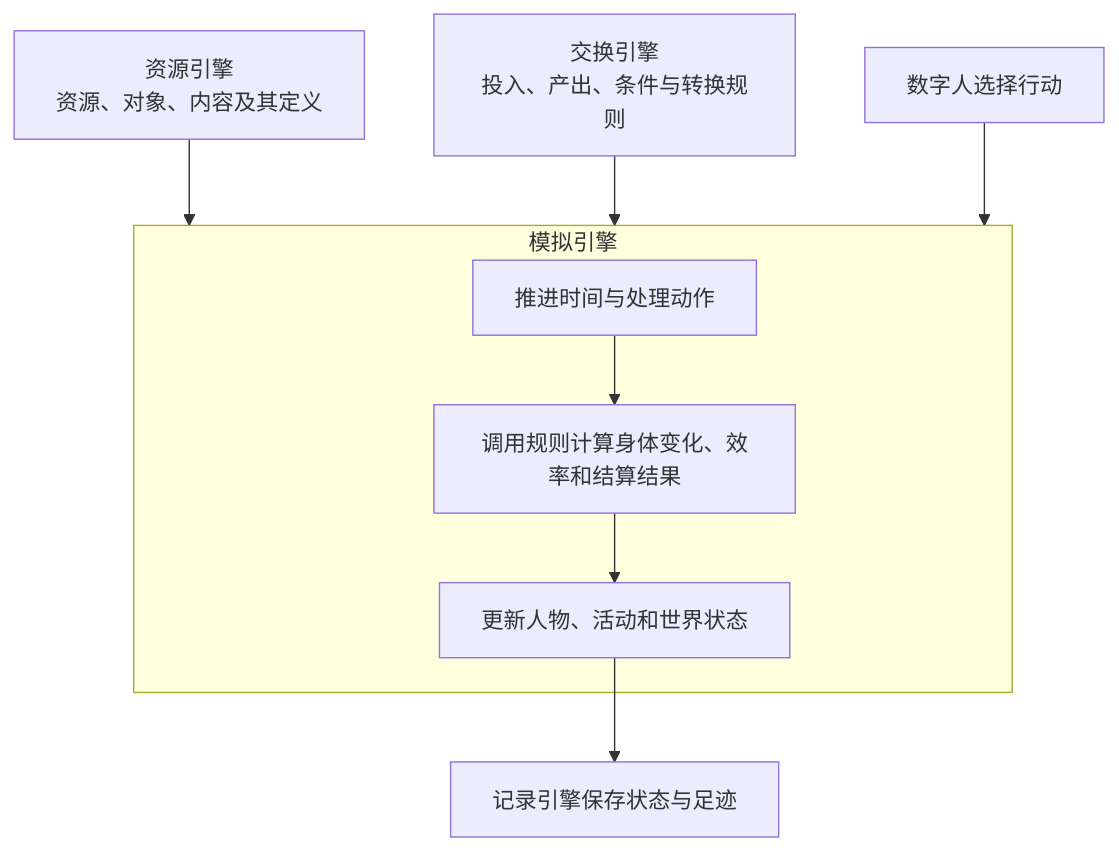
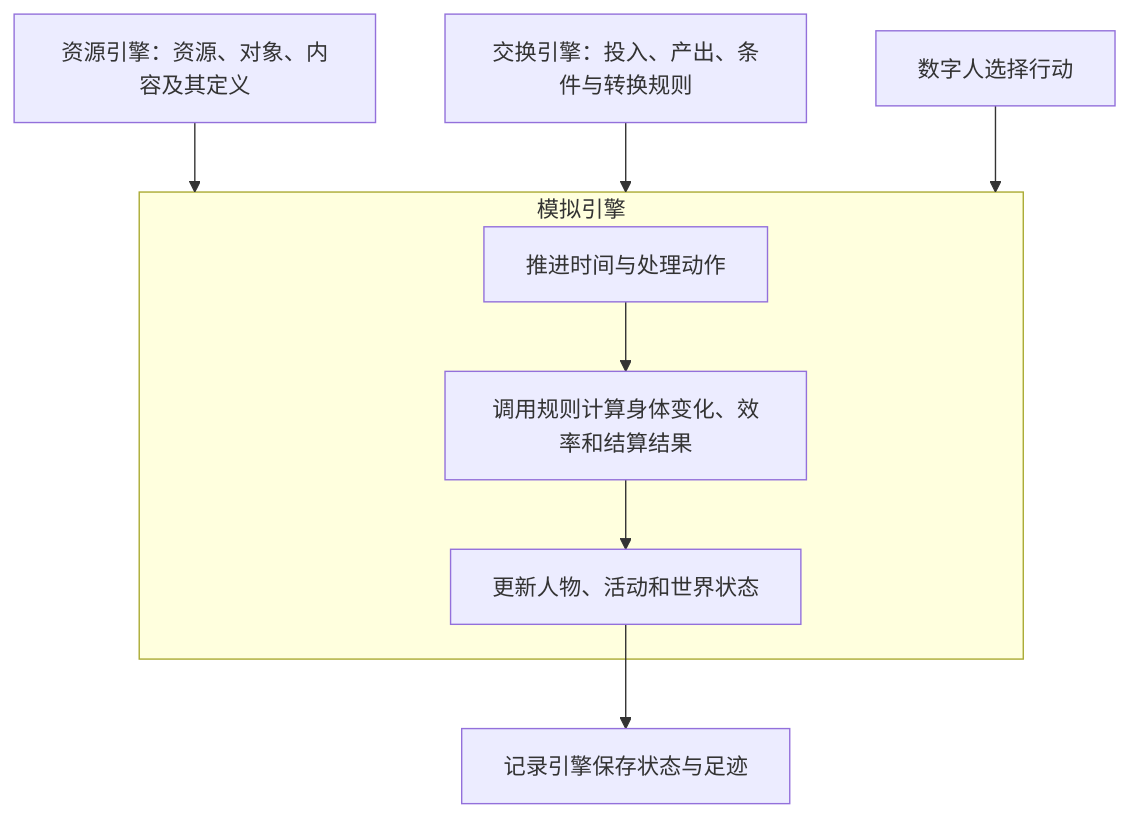
The diagram in docs/design/00-overview.md (HoldThatThgt/WorldMock), drawn with Mermaid before and after one commit. The commit also changed other lines of this file and 19 other files, not shown here.

````diff
--- a/docs/design/00-overview.md
+++ b/docs/design/00-overview.md
@@ -36,11 +36,11 @@
 ```mermaid
 flowchart TB
-    R[资源引擎<br/>资源、对象、内容及其定义] --> S
-    X[交换引擎<br/>投入、产出、条件与转换规则] --> S
-    A[数字人选择行动] --> S
-    subgraph S[模拟引擎]
-        T[推进时间与处理动作] --> C[调用规则计算身体变化、效率和结算结果]
-        C --> W[更新人物、活动和世界状态]
+    R["资源引擎：资源、对象、内容及其定义"] --> S
+    X["交换引擎：投入、产出、条件与转换规则"] --> S
+    A["数字人选择行动"] --> S
+    subgraph S["模拟引擎"]
+        T["推进时间与处理动作"] --> C["调用规则计算身体变化、效率和结算结果"]
+        C --> W["更新人物、活动和世界状态"]
     end
-    W --> F[记录引擎保存状态与足迹]
+    W --> F["记录引擎保存状态与足迹"]
 ```
````
